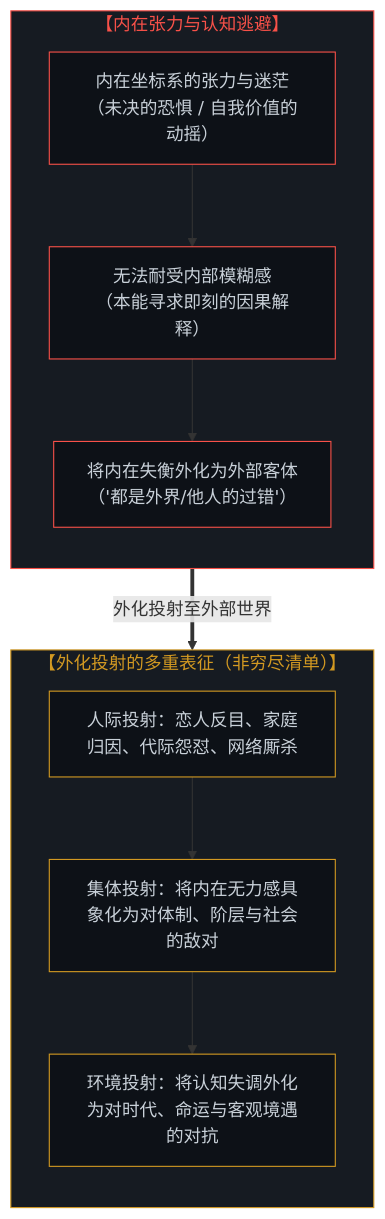
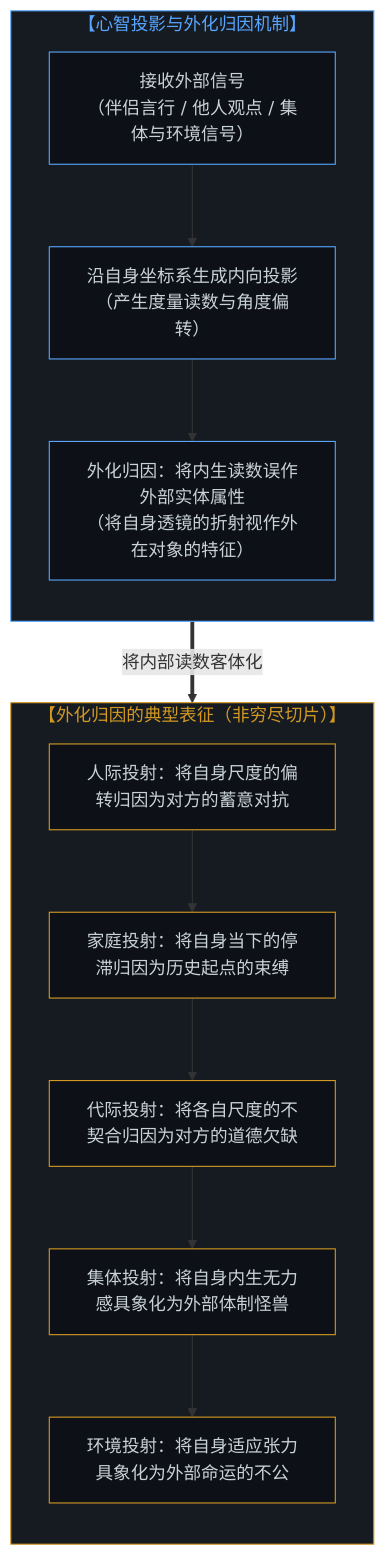
Before and after one commit to powerpig99/not-a-toe: the first of 4 diagrams in content/posts/the-illusion-of-knowing-and-the-geometry-of-amputation.md, drawn with Mermaid. The commit also changed other lines of this file and 1 other file, not shown here.

Commit message:
Eliminate psychological over-explanation to stay strictly within first-person mind projection mechanics

````diff
--- a/content/posts/the-illusion-of-knowing-and-the-geometry-of-amputation.md
+++ b/content/posts/the-illusion-of-knowing-and-the-geometry-of-amputation.md
@@ -17,29 +17,33 @@
 ```mermaid
 graph TD
-    subgraph S_Confusion["【内在张力与认知逃避】"]
+    subgraph S_Projection["【心智投影与外化归因机制】"]
         direction TB
-        C1["内在坐标系的张力与迷茫<br>（未决的恐惧 / 自我价值的动摇）"]
-        C2["无法耐受内部模糊感<br>（本能寻求即刻的因果解释）"]
-        C3["将内在失衡外化为外部客体<br>（'都是外界/他人的过错'）"]
+        C1["接收外部信号<br>（伴侣言行 / 他人观点 / 集体与环境信号）"]
+        C2["沿自身坐标系生成内向投影<br>（产生度量读数与角度偏转）"]
+        C3["外化归因：将内生读数误作外部实体属性<br>（将自身透镜的折射视作外在对象的特征）"]
         C1 --> C2 --> C3
     end
 
-    subgraph S_Relational_Fracture["【外化投射的多重表征（非穷尽清单）】"]
+    subgraph S_Phenomena["【外化归因的典型表征（非穷尽切片）】"]
         direction TB
-        R1["人际投射：恋人反目、家庭归因、代际怨怼、网络厮杀"]
-        R2["集体投射：将内在无力感具象化为对体制、阶层与社会的敌对"]
-        R3["环境投射：将认知失调外化为对时代、命运与客观境遇的对抗"]
-        R1 --> R2 --> R3
+        R1["人际投射：将自身尺度的偏转归因为对方的蓄意对抗"]
+        R2["家庭投射：将自身当下的停滞归因为历史起点的束缚"]
+        R3["代际投射：将各自尺度的不契合归因为对方的道德欠缺"]
+        R4["集体投射：将自身内生无力感具象化为外部体制怪兽"]
+        R5["环境投射：将自身适应张力具象化为外部命运的不公"]
+        R1 --> R2 --> R3 --> R4 --> R5
     end
 
-    C3 ==>|"外化投射至外部世界"| R1
+    C3 ==>|"将内部读数客体化"| R1
 
-    style S_Confusion fill:#161b22,stroke:#f85149,stroke-width:1px,color:#f85149
-    style S_Relational_Fracture fill:#161b22,stroke:#d29922,stroke-width:1px,color:#d29922
-    style C1 fill:#0d1117,stroke:#f85149,stroke-width:1px,color:#c9d1d9
-    style C2 fill:#0d1117,stroke:#f85149,stroke-width:1px,color:#c9d1d9
-    style C3 fill:#0d1117,stroke:#f85149,stroke-width:1px,color:#c9d1d9
+    style S_Projection fill:#161b22,stroke:#58a6ff,stroke-width:1px,color:#58a6ff
+    style S_Phenomena fill:#161b22,stroke:#d29922,stroke-width:1px,color:#d29922
+    style C1 fill:#0d1117,stroke:#58a6ff,stroke-width:1px,color:#c9d1d9
+    style C2 fill:#0d1117,stroke:#58a6ff,stroke-width:1px,color:#c9d1d9
+    style C3 fill:#0d1117,stroke:#58a6ff,stroke-width:1px,color:#c9d1d9
     style R1 fill:#0d1117,stroke:#d29922,stroke-width:1px,color:#c9d1d9
     style R2 fill:#0d1117,stroke:#d29922,stroke-width:1px,color:#c9d1d9
     style R3 fill:#0d1117,stroke:#d29922,stroke-width:1px,color:#c9d1d9
+    style R4 fill:#0d1117,stroke:#d29922,stroke-width:1px,color:#c9d1d9
+    style R5 fill:#0d1117,stroke:#d29922,stroke-width:1px,color:#c9d1d9
 ```
````
